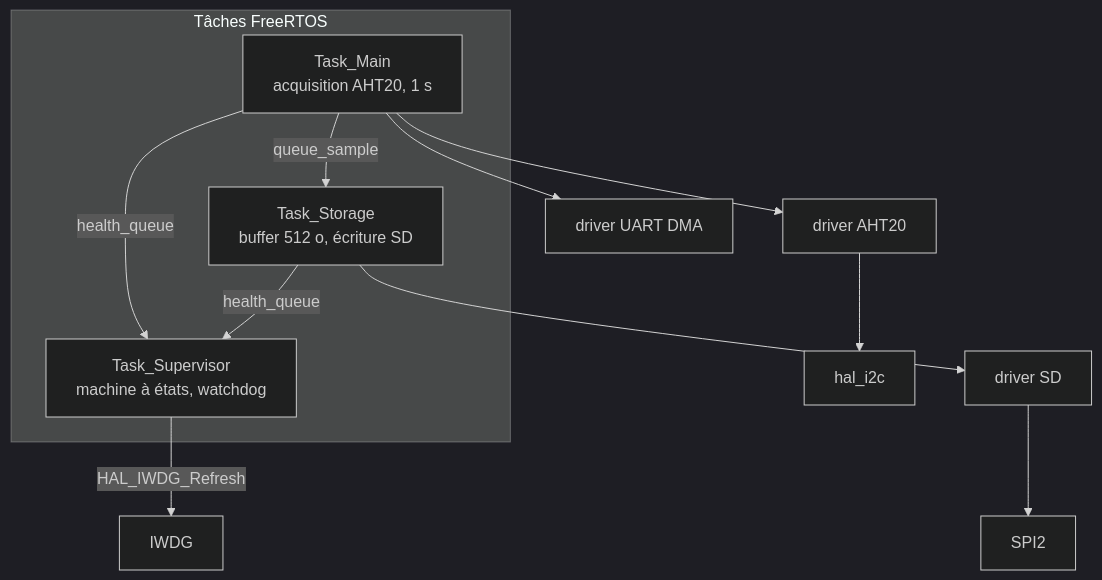
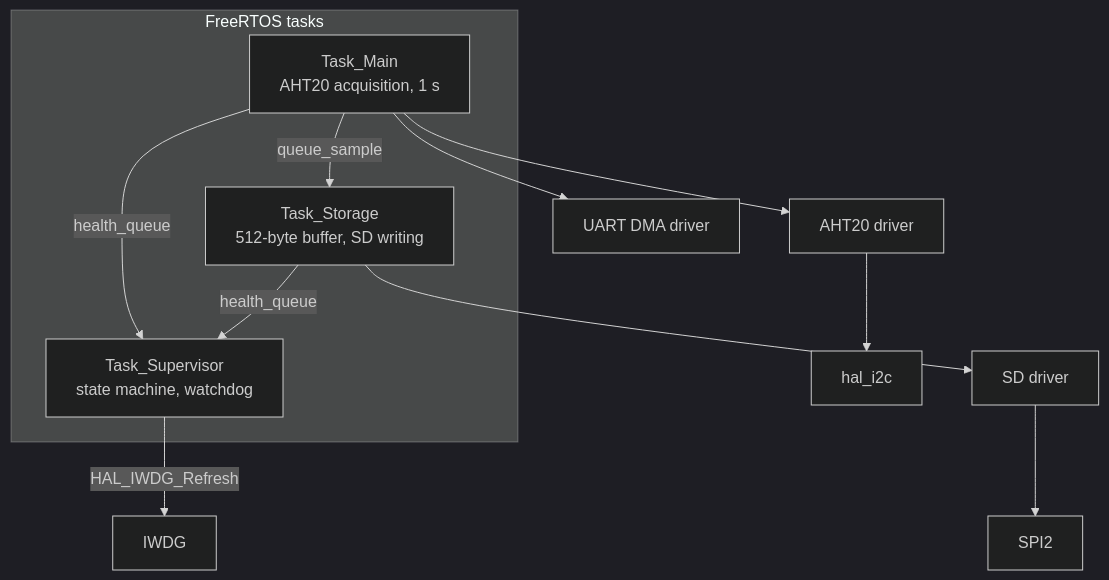
The second of 3 diagrams in README.md (Souber-ismael/Firmware-temps-r-el-STM32-FreeRTOS-Data-Logger-), drawn with Mermaid (dark theme) before and after one commit. The commit also changed other lines of this file, not shown here.

````diff
--- a/README.md
+++ b/README.md
@@ -62,17 +85,17 @@
 ```mermaid
 graph TD
-    subgraph Tâches FreeRTOS
-        MAIN["Task_Main<br/>acquisition AHT20, 1 s"]
-        STO["Task_Storage<br/>buffer 512 o, écriture SD"]
-        SUP["Task_Supervisor<br/>machine à états, watchdog"]
+    subgraph FreeRTOS_Tasks["FreeRTOS tasks"]
+        MAIN["Task_Main<br/>AHT20 acquisition, 1 s"]
+        STO["Task_Storage<br/>512-byte buffer, SD writing"]
+        SUP["Task_Supervisor<br/>state machine, watchdog"]
     end
 
     MAIN -->|queue_sample| STO
     MAIN -->|health_queue| SUP
     STO -->|health_queue| SUP
     SUP -->|HAL_IWDG_Refresh| WDG[IWDG]
 
-    MAIN --> AHT[driver AHT20] --> I2C[hal_i2c]
-    STO --> SD[driver SD] --> SPI[SPI2]
-    MAIN --> UART[driver UART DMA]
+    MAIN --> AHT[AHT20 driver] --> I2C[hal_i2c]
+    STO --> SD[SD driver] --> SPI[SPI2]
+    MAIN --> UART[UART DMA driver]
 ```
````
